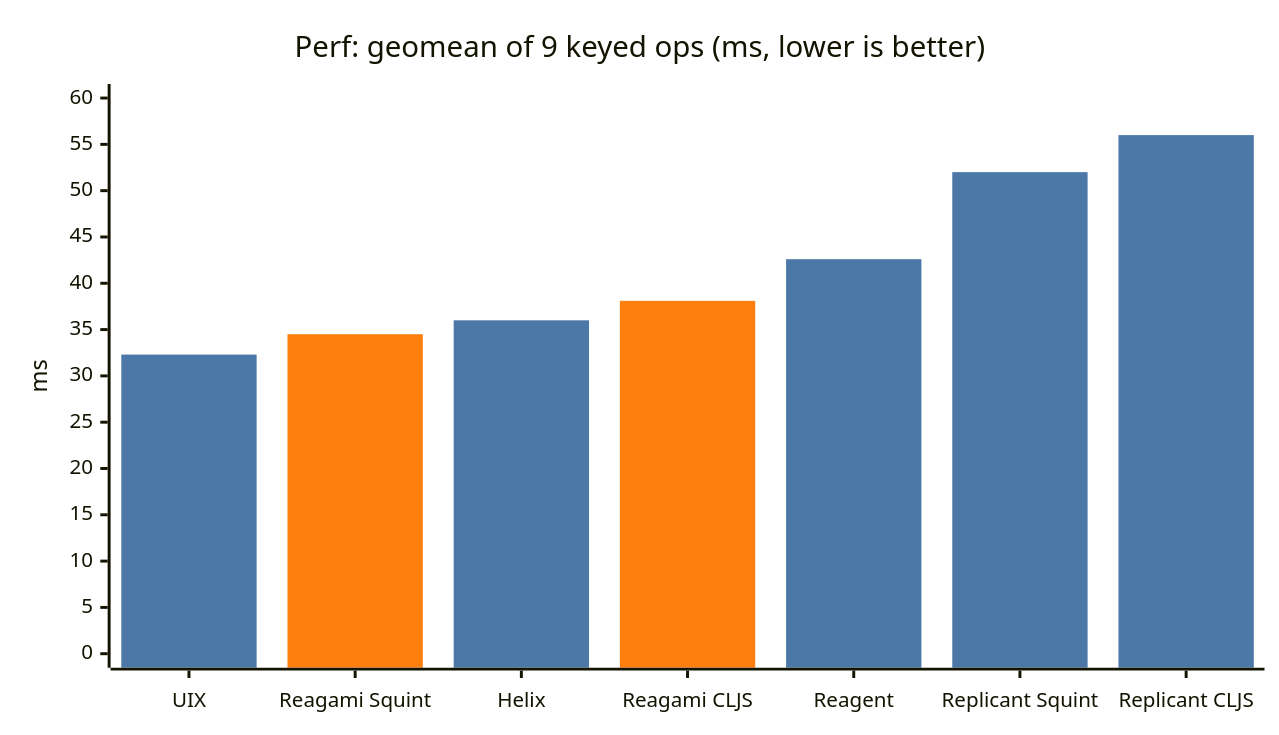
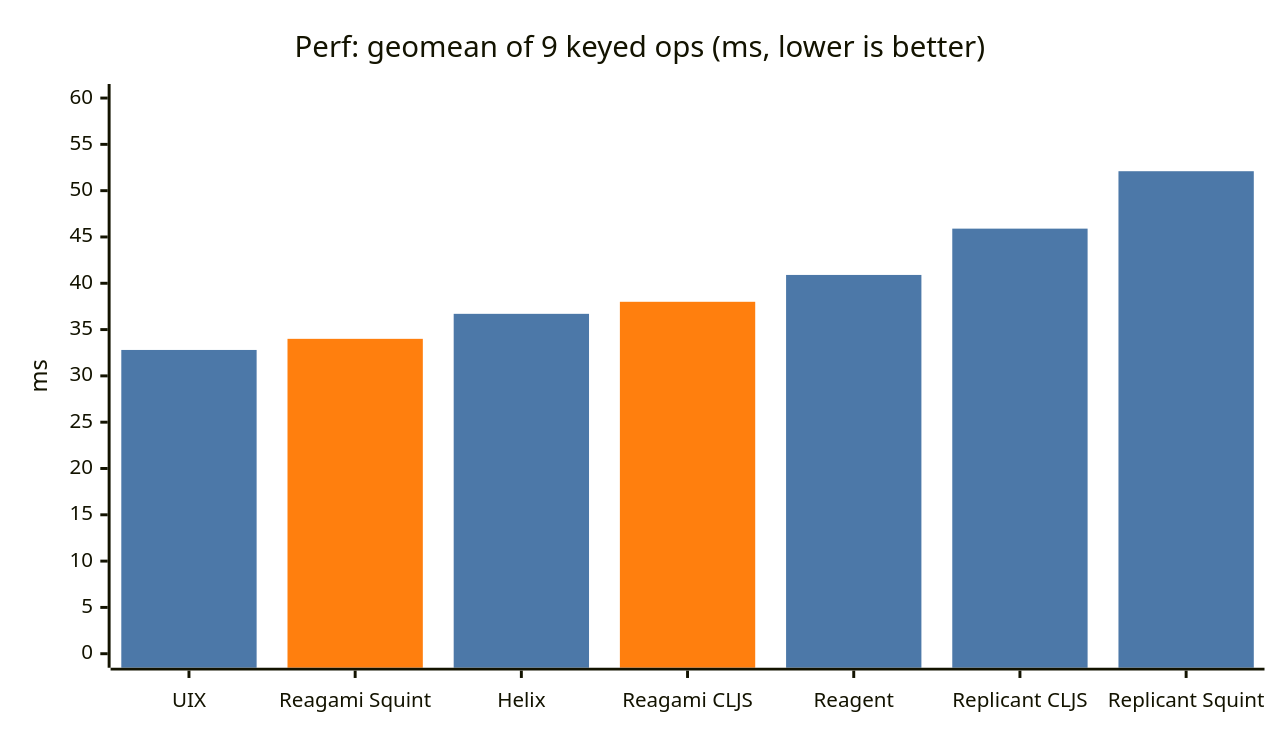
One commit to borkdude/reagami changed the first of 2 diagrams in README.md. Above: the diagram before and after it, drawn with Mermaid. The commit also changed other lines of this file and 4 other files, not shown here.

````diff
--- a/README.md
+++ b/README.md
@@ -256,17 +259,17 @@
 ```mermaid
 ---
 config:
   xyChart:
     width: 850
     height: 480
   themeVariables:
     xyChart:
       plotColorPalette: "#ff7f0e, #4c78a8"
 ---
 xychart-beta
     title "Perf: geomean of 9 keyed ops (ms, lower is better)"
-    x-axis ["UIX", "Reagami Squint", "Helix", "Reagami CLJS", "Reagent", "Replicant Squint", "Replicant CLJS"]
+    x-axis ["UIX", "Reagami Squint", "Helix", "Reagami CLJS", "Reagent", "Replicant CLJS", "Replicant Squint"]
     y-axis "ms" 0 --> 60
-    bar [-5, 34.5, -5, 38.1, -5, -5, -5]
-    bar [32.3, -5, 36.0, -5, 42.6, 52.0, 56.0]
+    bar [-5, 34.0, -5, 38.0, -5, -5, -5]
+    bar [32.8, -5, 36.7, -5, 40.9, 45.9, 52.1]
 ```
````
